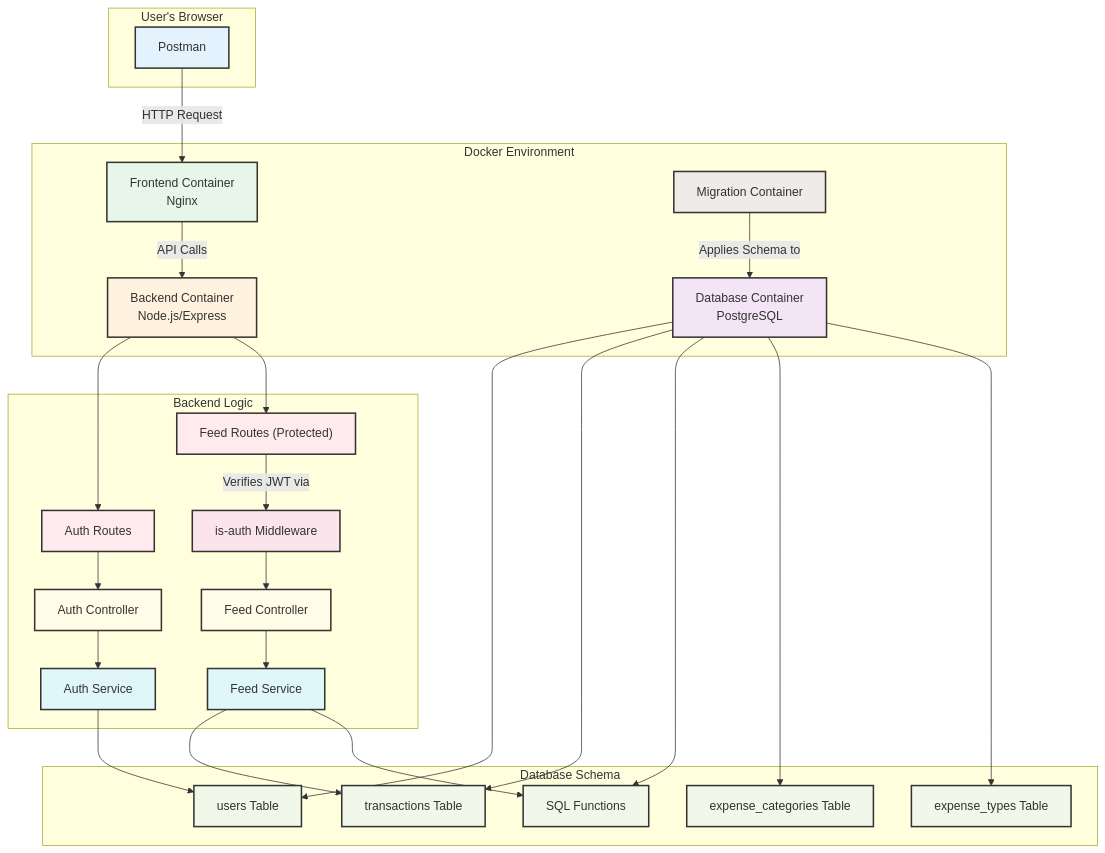
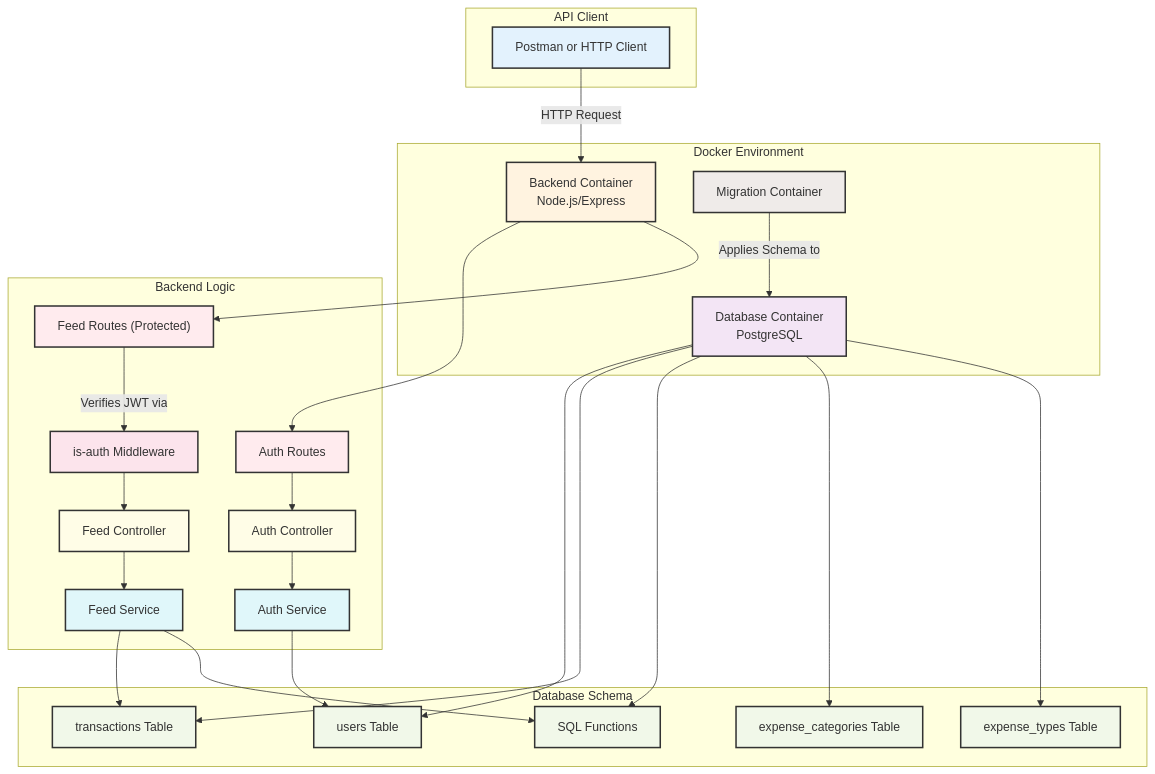
One commit to mohammed-dugha20/personal-finance-managment changed the first of 2 diagrams in README.md. Above: the diagram before and after it, drawn with Mermaid. The commit also changed other lines of this file, not shown here.

````diff
--- a/README.md
+++ b/README.md
@@ -40,69 +93,65 @@
 ```mermaid
 graph TD
-    subgraph "User's Browser"
-        A["Postman"]
+    subgraph "API Client"
+        A["Postman or HTTP Client"]
     end
 
     subgraph "Docker Environment"
-        B["Frontend Container\nNginx"]
         C["Backend Container\nNode.js/Express"]
         D["Database Container\nPostgreSQL"]
         E["Migration Container"]
     end
 
     subgraph "Backend Logic"
         F["Auth Routes"]
         G["Feed Routes (Protected)"]
         H["Auth Controller"]
         I["Feed Controller"]
         J["Auth Service"]
         K["Feed Service"]
         L["is-auth Middleware"]
     end
 
     subgraph "Database Schema"
         M["users Table"]
         N["transactions Table"]
         O["SQL Functions"]
         P["expense_categories Table"]
         Q["expense_types Table"]
     end
 
-    A -- "HTTP Request" --> B
-    B -- "API Calls" --> C
-
+    A -- "HTTP Request" --> C
     C --> F & G
 
     F --> H
     G -- "Verifies JWT via" --> L
     L --> I
 
     H --> J
     I --> K
 
     J --> M
     K --> N & O
 
     E -- "Applies Schema to" --> D
     D --> M & N & O & P & Q
 
     style A fill:#e3f2fd,stroke:#333,stroke-width:2px
-    style B fill:#e8f5e9,stroke:#333,stroke-width:2px
     style C fill:#fff3e0,stroke:#333,stroke-width:2px
     style D fill:#f3e5f5,stroke:#333,stroke-width:2px
     style E fill:#efebe9,stroke:#333,stroke-width:2px
 
     style F fill:#ffebee,stroke:#333,stroke-width:2px
     style G fill:#ffebee,stroke:#333,stroke-width:2px
     style H fill:#fffde7,stroke:#333,stroke-width:2px
     style I fill:#fffde7,stroke:#333,stroke-width:2px
     style J fill:#e0f7fa,stroke:#333,stroke-width:2px
     style K fill:#e0f7fa,stroke:#333,stroke-width:2px
     style L fill:#fce4ec,stroke:#333,stroke-width:2px
 
     style M fill:#f1f8e9,stroke:#333,stroke-width:2px
     style N fill:#f1f8e9,stroke:#333,stroke-width:2px
     style O fill:#f1f8e9,stroke:#333,stroke-width:2px
     style P fill:#f1f8e9,stroke:#333,stroke-width:2px
     style Q fill:#f1f8e9,stroke:#333,stroke-width:2px
 ```
````
